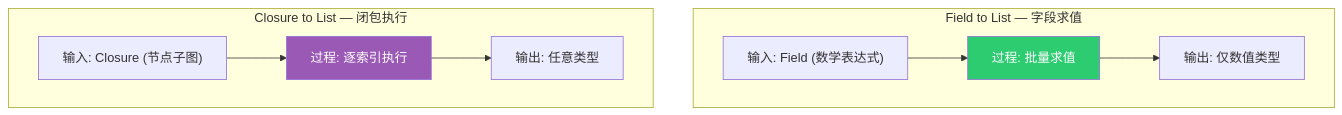
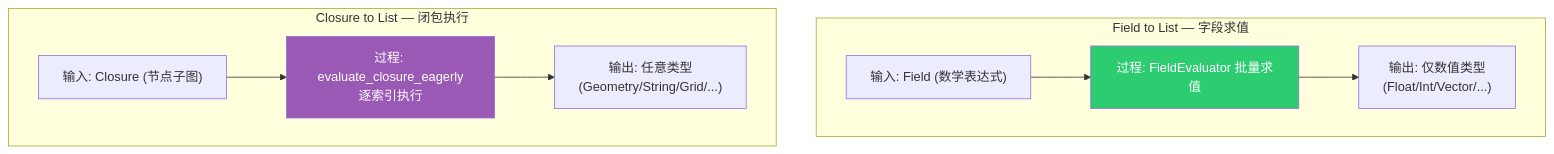
Before and after one commit to yunkezengren/blender-.vscode: the second of 34 diagrams in 杂/markdown/几何节点-列表/09-ClosureToList节点.md, drawn with Mermaid. The commit also changed other lines of this file and 13 other files, not shown here.

````diff
--- a/杂/markdown/几何节点-列表/09-ClosureToList节点.md
+++ b/杂/markdown/几何节点-列表/09-ClosureToList节点.md
@@ -86,19 +152,19 @@
 ```mermaid
 graph TB
     subgraph "Field to List — 字段求值"
         FT2["输入: Field (数学表达式)"]
-        FT3["过程: 批量求值"]
-        FT4["输出: 仅数值类型"]
+        FT3["过程: FieldEvaluator 批量求值"]
+        FT4["输出: 仅数值类型<br/>(Float/Int/Vector/...)"]
         FT2 --> FT3 --> FT4
     end
 
     subgraph "Closure to List — 闭包执行"
         CT2["输入: Closure (节点子图)"]
-        CT3["过程: 逐索引执行"]
-        CT4["输出: 任意类型"]
+        CT3["过程: evaluate_closure_eagerly<br/>逐索引执行"]
+        CT4["输出: 任意类型<br/>(Geometry/String/Grid/...)"]
         CT2 --> CT3 --> CT4
     end
 
     style FT3 fill:#2ecc71,color:#fff
     style CT3 fill:#9b59b6,color:#fff
 ```
````
